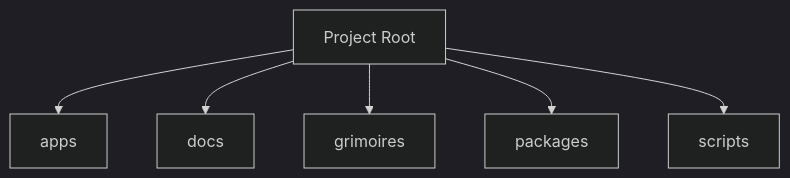
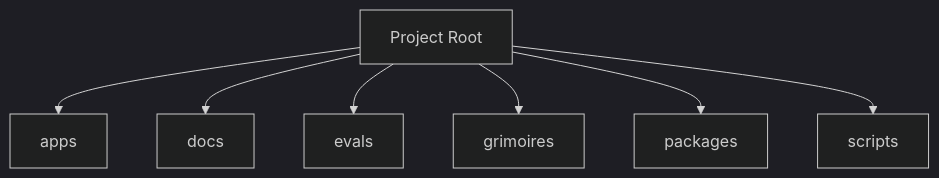
One commit to 0xHoneyJar/freeside-characters changed the diagram in BUTTERFREEZONE.md. Above: the diagram before and after it, drawn with Mermaid (dark theme). The commit also changed other lines of this file, not shown here.

````diff
--- a/BUTTERFREEZONE.md
+++ b/BUTTERFREEZONE.md
@@ -47,14 +67,16 @@
 ```mermaid
 graph TD
     apps[apps]
     docs[docs]
+    evals[evals]
     grimoires[grimoires]
     packages[packages]
     scripts[scripts]
     Root[Project Root]
     Root --> apps
     Root --> docs
+    Root --> evals
     Root --> grimoires
     Root --> packages
     Root --> scripts
 ```
````
